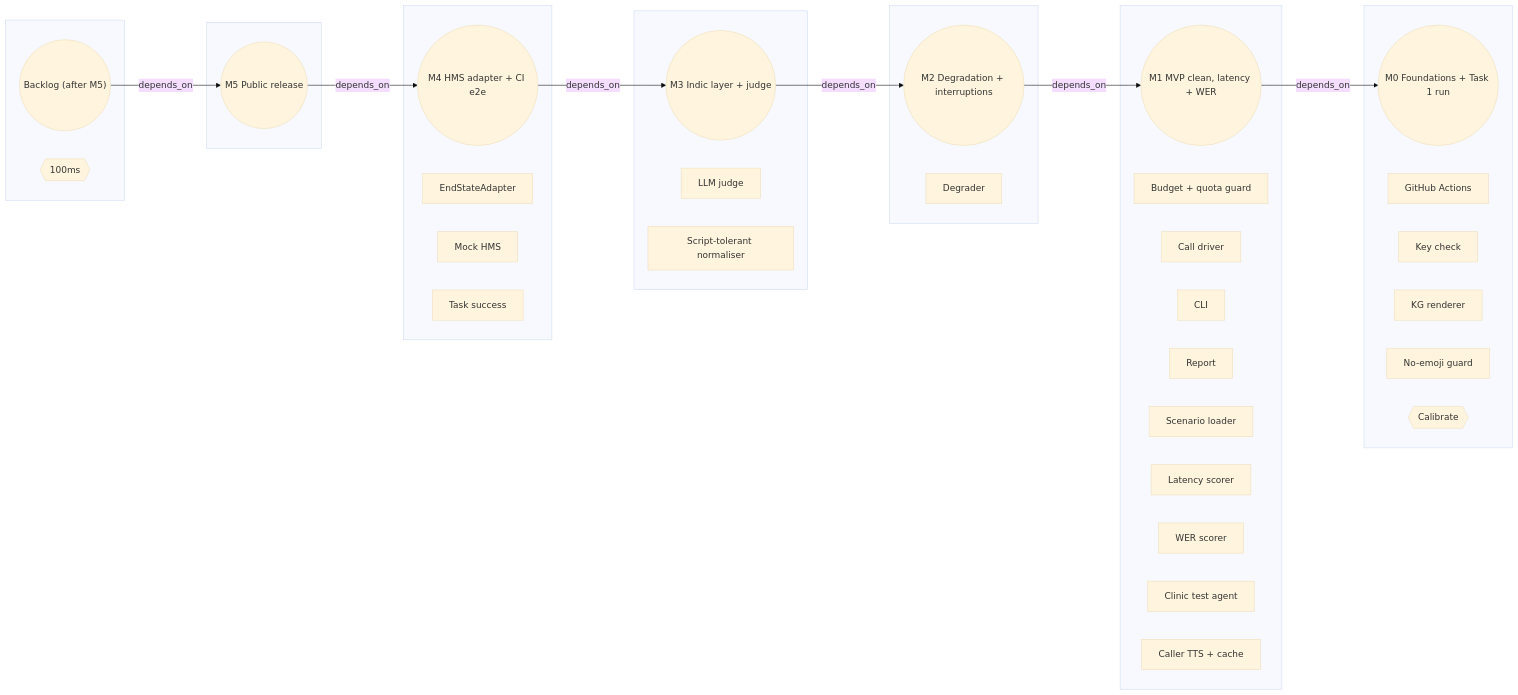
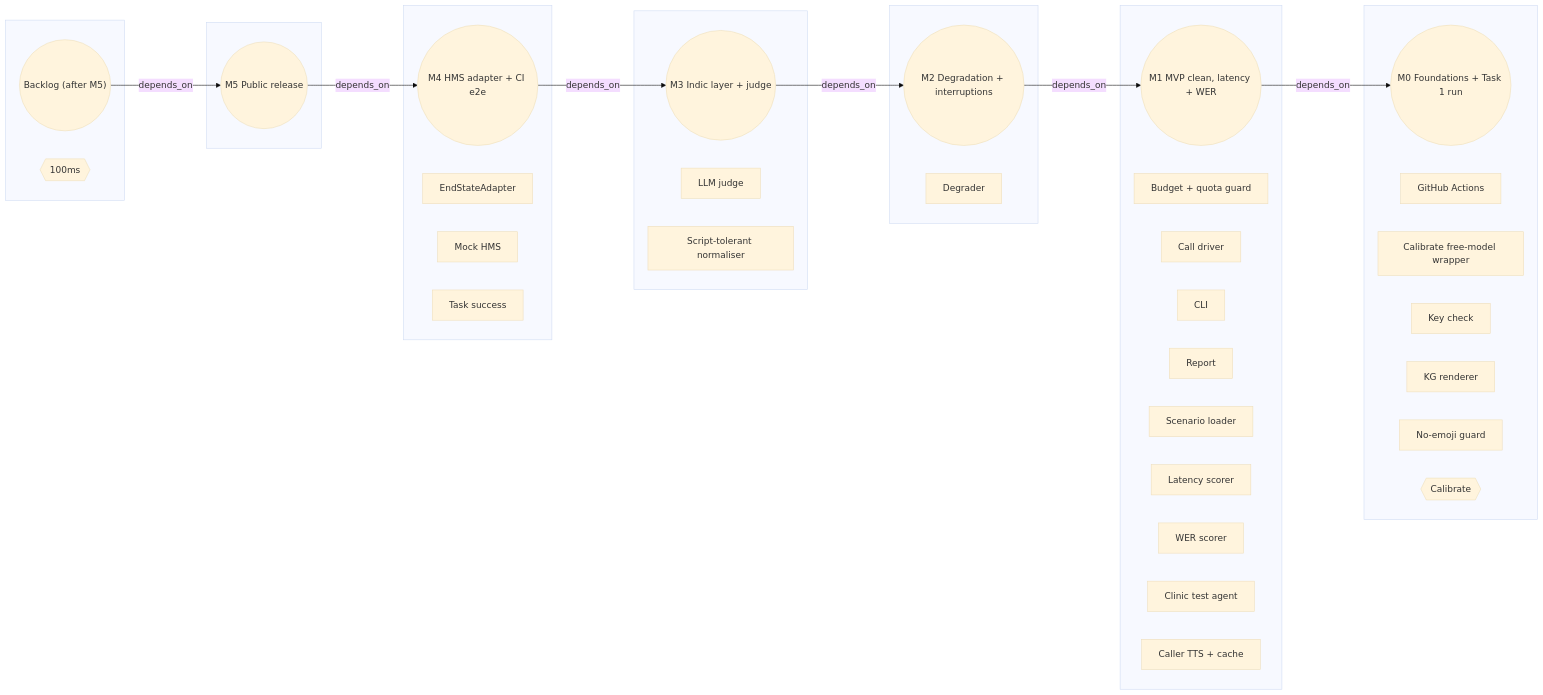
The third of 3 diagrams in docs/kg/README.md (yatinannam/parakh), drawn with Mermaid (base theme) before and after one commit. The commit also changed other lines of this file and 3 other files, not shown here.

First line of the commit message:
docs(research): run Calibrate text simulation on free models

````diff
--- a/docs/kg/README.md
+++ b/docs/kg/README.md
@@ -179,51 +186,52 @@
 ```mermaid
 flowchart LR
   subgraph g_backlog[" "]
     backlog(("Backlog (after M5)"))
     x_100ms{{"100ms"}}
   end
   subgraph g_m0[" "]
     m0(("M0 Foundations + Task 1 run"))
     ci["GitHub Actions"]
+    t_calibrate_eval["Calibrate free-model wrapper"]
     t_check_keys["Key check"]
     t_kg_render["KG renderer"]
     t_no_emoji["No-emoji guard"]
     x_calibrate{{"Calibrate"}}
   end
   subgraph g_m1[" "]
     m1(("M1 MVP clean, latency + WER"))
     budget["Budget + quota guard"]
     call_driver["Call driver"]
     cli["CLI"]
     report["Report"]
     scenario["Scenario loader"]
     score_latency["Latency scorer"]
     score_wer["WER scorer"]
     test_agent["Clinic test agent"]
     tts_cache["Caller TTS + cache"]
   end
   subgraph g_m2[" "]
     m2(("M2 Degradation + interruptions"))
     degrader["Degrader"]
   end
   subgraph g_m3[" "]
     m3(("M3 Indic layer + judge"))
     judge["LLM judge"]
     normalizer["Script-tolerant normaliser"]
   end
   subgraph g_m4[" "]
     m4(("M4 HMS adapter + CI e2e"))
     end_state_adapter["EndStateAdapter"]
     mock_hms["Mock HMS"]
     score_task["Task success"]
   end
   subgraph g_m5[" "]
     m5(("M5 Public release"))
   end
   backlog -->|depends_on| m5
   m1 -->|depends_on| m0
   m2 -->|depends_on| m1
   m3 -->|depends_on| m2
   m4 -->|depends_on| m3
   m5 -->|depends_on| m4
 ```
````
